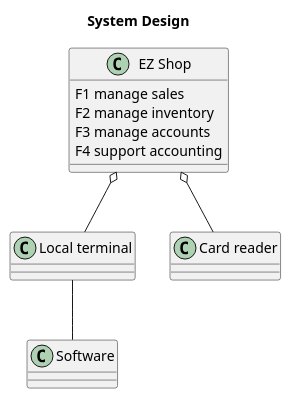
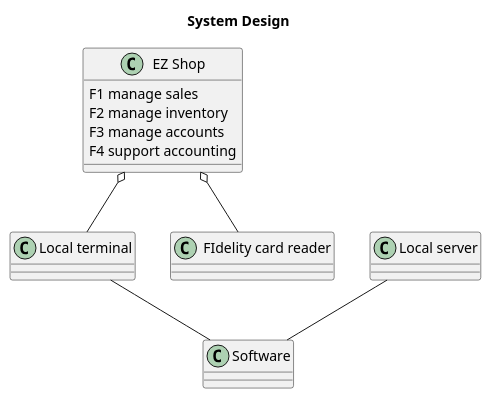
One commit to nicolabattaglino/ezshop changed the third of 4 diagrams in Deliverables/RequirementsDocument.md. Above: the diagram before and after it, drawn with PlantUML.

````diff
--- a/Deliverables/RequirementsDocument.md
+++ b/Deliverables/RequirementsDocument.md
@@ -284,24 +284,27 @@
 ```plantuml
 @startuml
 
 title System Design
 class "EZ Shop" as EZShop{
 F1 manage sales 
 F2 manage inventory
 F3 manage accounts
 F4 support accounting
 }
 
 class "Local terminal" as localTerminal{
 }
+class "Local server" as localServer{
+}
+
 
 class "Software" as software 
-class "Card reader" as printer
+class " FIdelity card reader" as fcReader
 EZShop o-- localTerminal
-EZShop o-- printer
+EZShop o-- fcReader
 localTerminal -- software
-
+localServer -- software
 
 
 @enduml
 ```
````
